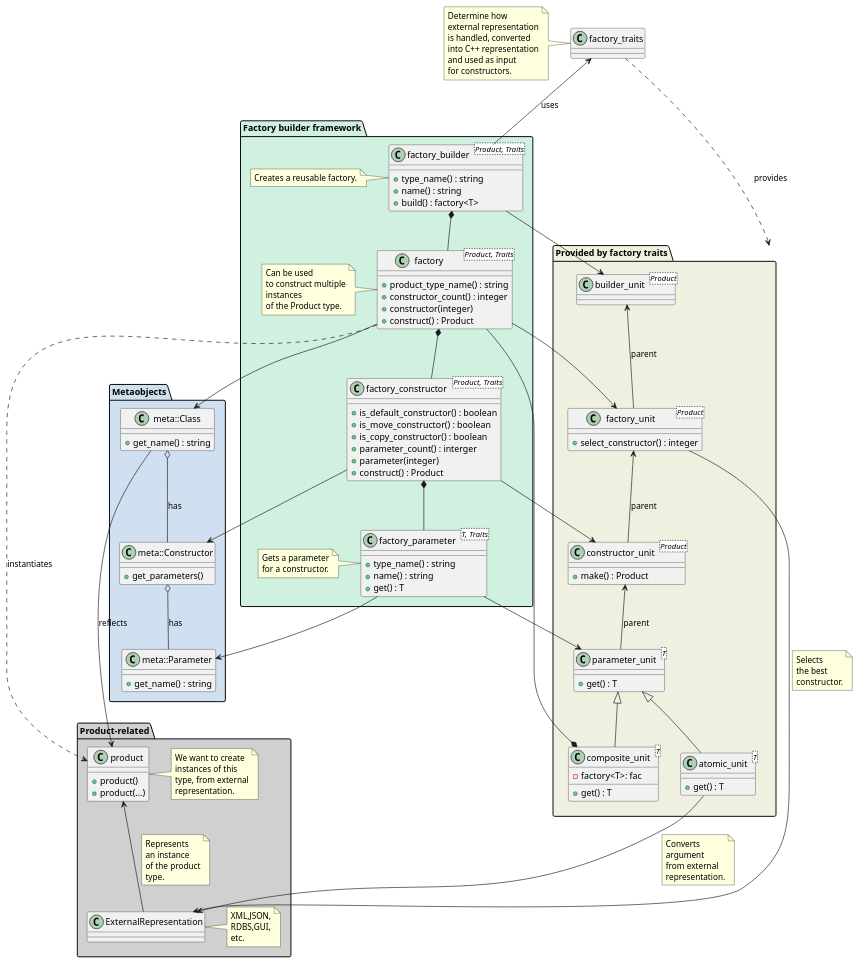
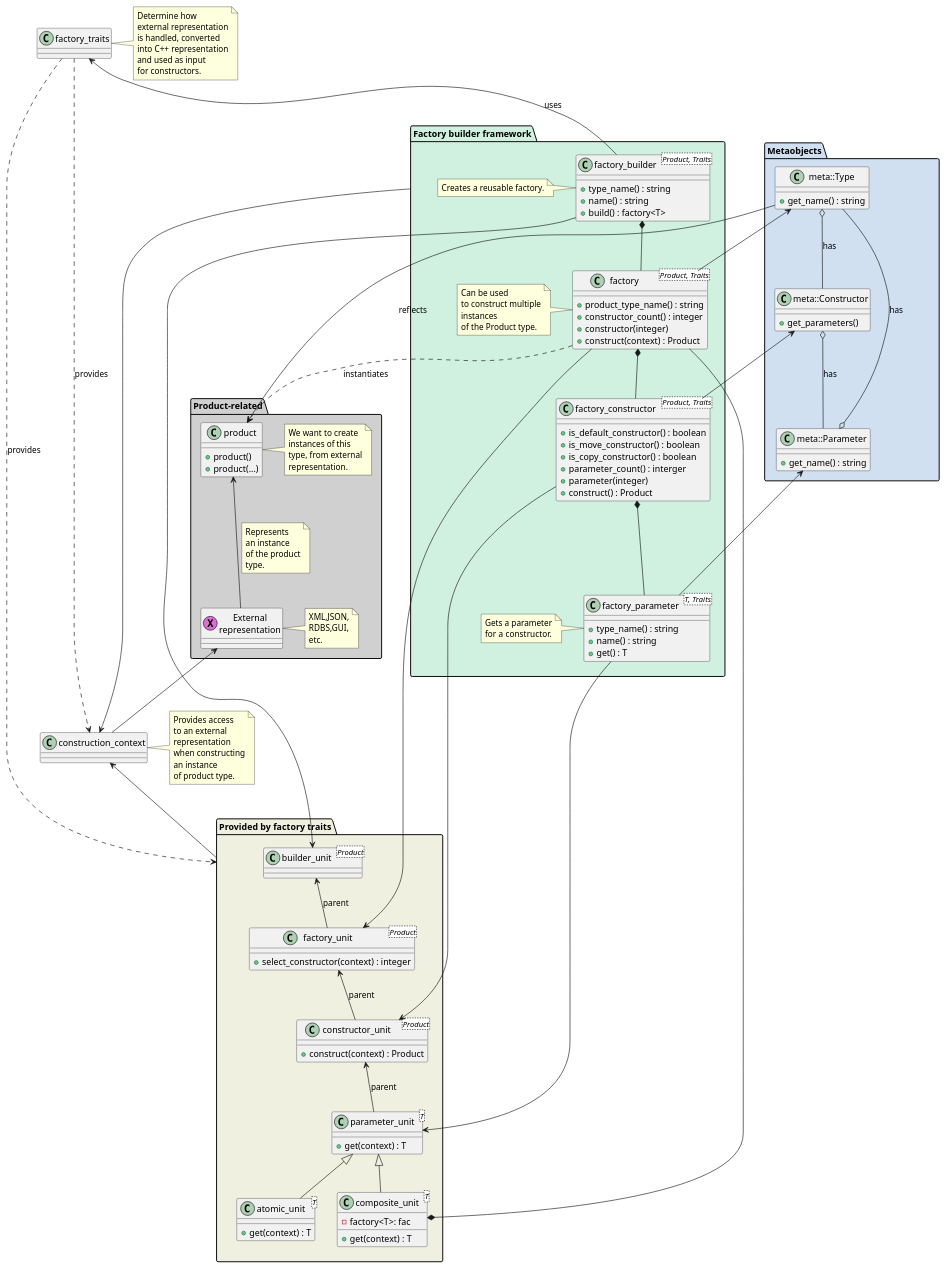
Before and after one commit to matus-chochlik/mirror: the diagram in doc/diagram/factory_generator.puml, drawn with PlantUML.

Commit message:
Updated the factory generator class diagram

```diff
--- a/doc/diagram/factory_generator.puml
+++ b/doc/diagram/factory_generator.puml
@@ -1,135 +1,142 @@
 @startuml
 
-package "Metaobjects" #D0E0F0 {
-	class meta::Class {
+package "Metaobjects" as metaobjects #D0E0F0 {
+	class meta::Type {
 		+get_name() : string
 	}
 
 	class meta::Constructor {
 		+get_parameters()
 	}
 
 	class meta::Parameter {
 		+get_name() : string
 	}
 }
 
 package "Product-related" #D0D0D0 {
 	class product {
 		+product()
 		+product(...)
 	}
 
 	note right of product : We want to create\ninstances of this\ntype, from external\nrepresentation.
 
-	class ExternalRepresentation {
+	class "External\nrepresentation" as external_representation << (X,orchid) >>{
 	}
 
-	note right of ExternalRepresentation : XML,JSON,\nRDBS,GUI,\netc.
+	note right of external_representation : XML,JSON,\nRDBS,GUI,\netc.
 }
 
-package "Factory builder framework" #D0F0E0 {
+package "Factory builder framework" as framework #D0F0E0 {
 	class factory_builder<Product, Traits> {
 		+type_name() : string
 		+name() : string
 		+build() : factory<T>
 	}
 
 	class factory<Product, Traits> {
 		+product_type_name() : string
 		+constructor_count() : integer
 		+constructor(integer)
-		+construct() : Product
+		+construct(context) : Product
 	}
 
 	class factory_constructor<Product, Traits> {
 		+is_default_constructor() : boolean
 		+is_move_constructor() : boolean
 		+is_copy_constructor() : boolean
 		+parameter_count() : interger
 		+parameter(integer)
 		+construct() : Product
 	}
 
 	class factory_parameter<T, Traits> {
 		+type_name() : string
 		+name() : string
 		+get() : T
 	}
 
 	note left of factory_builder : Creates a reusable factory.
 
 	note left of factory : Can be used\nto construct multiple\ninstances\nof the Product type.
 
 	note left of factory_parameter : Gets a parameter\nfor a constructor.
 }
 
 class factory_traits {
 }
 
-note left of factory_traits : Determine how\nexternal representation\nis handled, converted\ninto C++ representation\nand used as input\nfor constructors.
+note right of factory_traits : Determine how\nexternal representation\nis handled, converted\ninto C++ representation\nand used as input\nfor constructors.
 
-package "Provided by factory traits" #F0F0E0 {
+package "Provided by factory traits" as units #F0F0E0 {
 	class builder_unit<Product> {
 	}
 
 	class factory_unit<Product> {
-		+select_constructor() : integer
+		+select_constructor(context) : integer
 	}
 
 	class constructor_unit<Product> {
-		+make() : Product
+		+construct(context) : Product
 	}
 
 	class parameter_unit<T> {
-		+get() : T
+		+get(context) : T
 	}
 
 	class atomic_unit<T> {
-		+get() : T
+		+get(context) : T
 	}
 
 	class composite_unit<T> {
 		-factory<T>: fac
-		+get() : T
+		+get(context) : T
 	}
 }
 
-meta::Class o-- meta::Constructor : has
+class construction_context {
+}
+note right of construction_context : Provides access\nto an external\nrepresentation\nwhen constructing\nan instance\nof product type.
+
+meta::Type o-- meta::Constructor : has
 meta::Constructor o-- meta::Parameter : has
-meta::Class --> product : reflects
+meta::Type --o meta::Parameter : has
+meta::Type --> product : reflects
 
-product <-- ExternalRepresentation
+product <-- external_representation
 note on link : Represents\nan instance\nof the product\ntype.
 
 factory_builder *-- factory
 factory_builder --> builder_unit
 factory *-- factory_constructor
 factory --> factory_unit
 factory ..> product : instantiates
 factory_constructor *-- factory_parameter
 factory_constructor --> constructor_unit
 factory_parameter --> parameter_unit
 
-factory --> meta::Class
-factory_constructor --> meta::Constructor
-factory_parameter --> meta::Parameter
+framework --> construction_context
+construction_context <-- units
 
-factory_traits ..> "Provided by factory traits" : provides
+meta::Type <-- factory
+meta::Constructor <-- factory_constructor 
+meta::Parameter <-- factory_parameter 
+
+factory_traits ..> units : provides
+factory_traits ..> construction_context : provides
 
 factory_traits <-- factory_builder : uses
+
+builder_unit <-- factory_unit : parent
+factory_unit <-- constructor_unit : parent
+
+constructor_unit <-- parameter_unit : parent
+factory --* composite_unit
 
 parameter_unit <|-- atomic_unit
 parameter_unit <|-- composite_unit
 
-builder_unit <-- factory_unit : parent
-factory_unit <-- constructor_unit : parent
-constructor_unit <-- parameter_unit : parent
-factory --* composite_unit
+external_representation <-- construction_context
 
-factory_unit --> ExternalRepresentation
-note on link : Selects\nthe best\nconstructor.
-
-atomic_unit --> ExternalRepresentation 
-note on link : Converts\nargument\nfrom external\nrepresentation.
 @enduml
```
